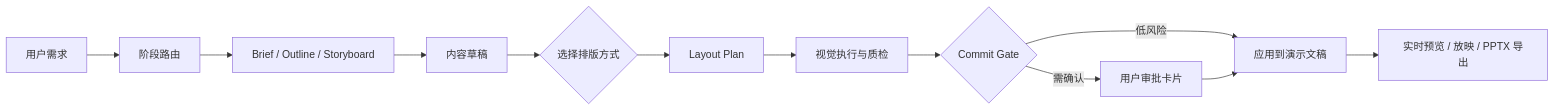
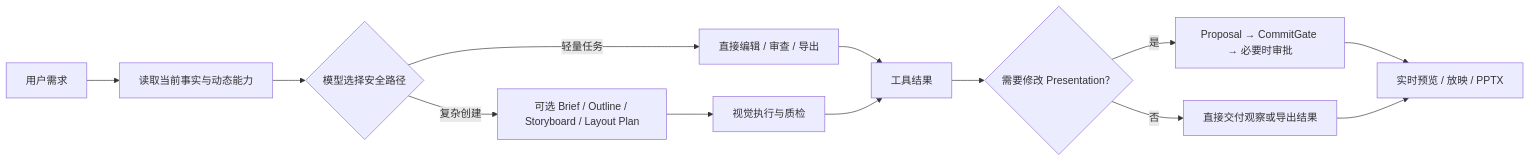
One commit to putl-dream/ppt changed the diagram in README.md. Above: the diagram before and after it, drawn with Mermaid. The commit also changed other lines of this file and 97 other files, not shown here.

````diff
--- a/README.md
+++ b/README.md
@@ -36,14 +40,15 @@
 ```mermaid
 flowchart LR
-  A["用户需求"] --> B["阶段路由"]
-  B --> C["Brief / Outline / Storyboard"]
-  C --> D["内容草稿"]
-  D --> E{"选择排版方式"}
-  E --> F["Layout Plan"]
-  F --> G["视觉执行与质检"]
-  G --> H{"Commit Gate"}
-  H -->|低风险| I["应用到演示文稿"]
-  H -->|需确认| J["用户审批卡片"]
-  J --> I
-  I --> K["实时预览 / 放映 / PPTX 导出"]
+  A["用户需求"] --> B["读取当前事实与动态能力"]
+  B --> C{"模型选择安全路径"}
+  C -->|复杂创建| D["可选 Brief / Outline / Storyboard / Layout Plan"]
+  C -->|轻量任务| E["直接编辑 / 审查 / 导出"]
+  D --> F["视觉执行与质检"]
+  E --> G["工具结果"]
+  F --> G
+  G --> H{"需要修改 Presentation？"}
+  H -->|是| I["Proposal → CommitGate → 必要时审批"]
+  H -->|否| J["直接交付观察或导出结果"]
+  I --> K["实时预览 / 放映 / PPTX"]
+  J --> K
 ```
````
